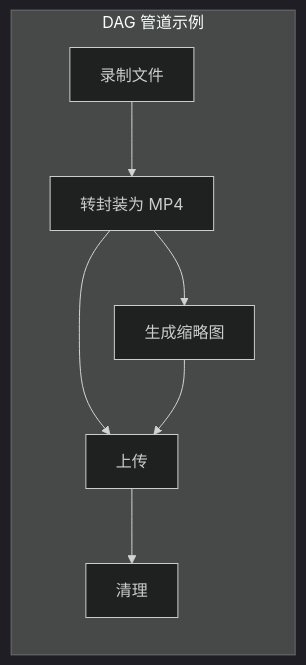
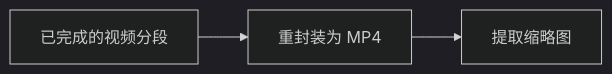
One commit to hua0512/rust-srec changed the first of 2 diagrams in rust-srec/docs/zh/concepts/pipeline.md. Above: the diagram before and after it, drawn with Mermaid (dark theme). The commit also changed other lines of this file and 90 other files, not shown here.

````diff
--- a/rust-srec/docs/zh/concepts/pipeline.md
+++ b/rust-srec/docs/zh/concepts/pipeline.md
@@ -9,10 +15,5 @@
 ```mermaid
 flowchart LR
-    subgraph DAG["DAG 管道示例"]
-        R[录制文件] --> REMUX[转封装为 MP4]
-        REMUX --> THUMB[生成缩略图]
-        REMUX --> UPLOAD[上传]
-        THUMB --> UPLOAD
-        UPLOAD --> CLEANUP[清理]
-    end
+    VIDEO[已完成的视频分段] --> REMUX[重封装为 MP4]
+    REMUX --> THUMB[提取缩略图]
 ```
````
